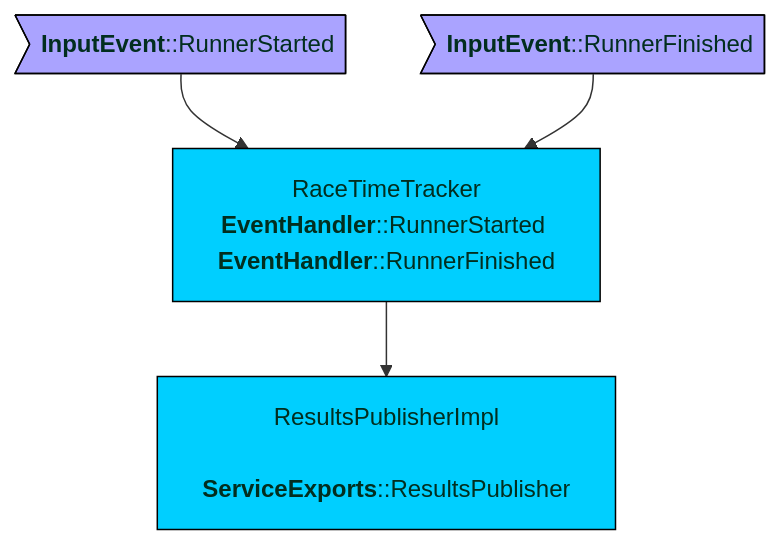
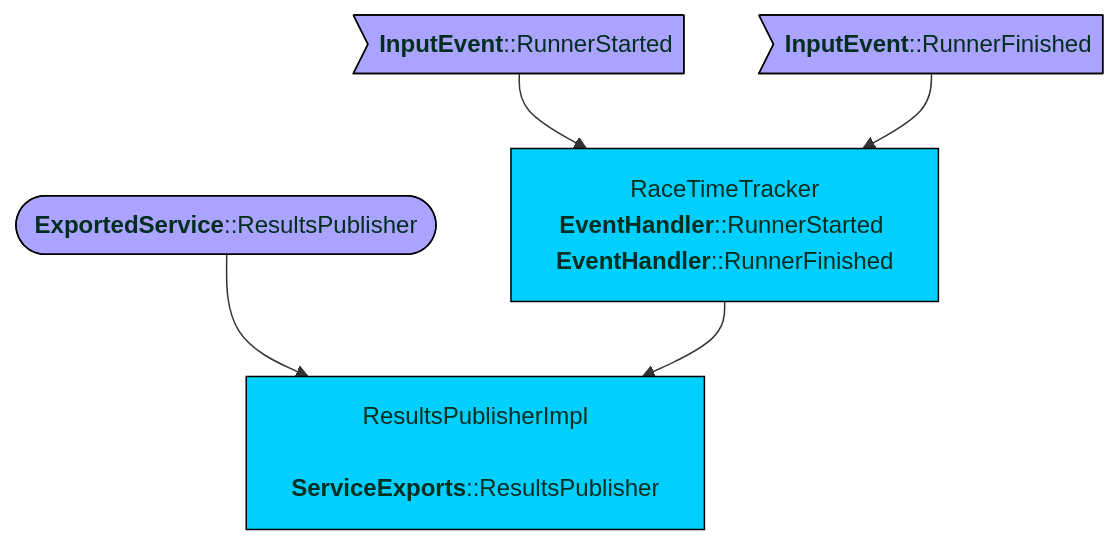
One commit to v12technology/fluxtion changed the diagram in docs/index.md. Above: the diagram before and after it, drawn with Mermaid.

````diff
--- a/docs/index.md
+++ b/docs/index.md
@@ -96,18 +96,21 @@
 ```mermaid
 flowchart TB
 
     classDef eventHandler color:#022e1f,fill:#aaa3ff,stroke:#000;
     classDef graphNode color:#022e1f,fill:#00cfff,stroke:#000;
+    classDef exportedService color:#022e1f,fill:#aaa3ff,stroke:#000;
     classDef white color:#022e1f,fill:#fff;
     classDef black color:#fff,fill:#000;
     
     RunnerStarted><b>InputEvent</b>::RunnerStarted]:::eventHandler 
     RunnerFinished><b>InputEvent</b>::RunnerFinished]:::eventHandler 
+    ResultsPublisher([<b>ExportedService</b>::ResultsPublisher]):::exportedService 
+    
     RaceTimeTracker[RaceTimeTracker\n<b>EventHandler</b>::RunnerStarted \n<b>EventHandler</b>::RunnerFinished]:::graphNode 
     ResultsPublisherImpl[ResultsPublisherImpl\n <b>ServiceExports</b>::ResultsPublisher]:::graphNode
 
-
+    ResultsPublisher --> ResultsPublisherImpl
     RunnerStarted --> RaceTimeTracker
     RunnerFinished --> RaceTimeTracker
     RaceTimeTracker --> ResultsPublisherImpl
 ```
````
